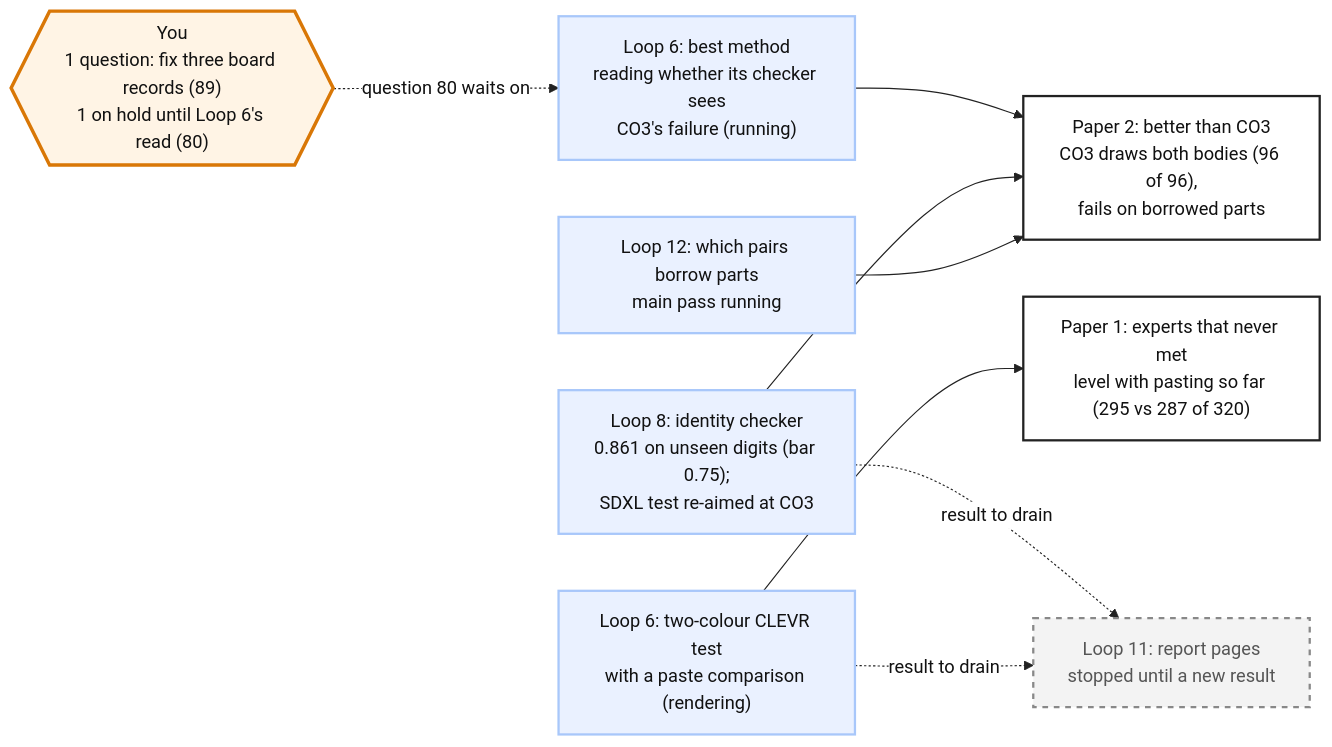
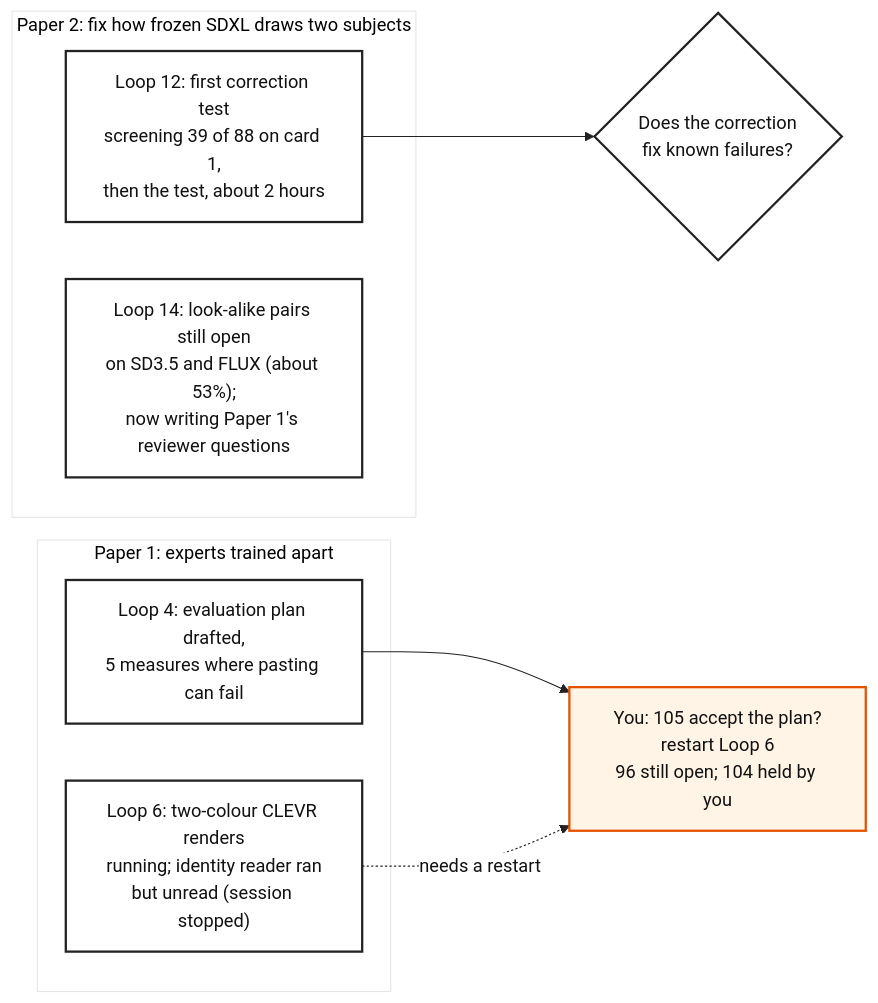
Before and after one commit to mo-rsa24/concept-composition: the diagram in artifacts/notes/progress/manager/briefing/where-we-are.mmd, drawn with Mermaid. The commit also changed 2 other files, not shown here.

```diff
--- a/artifacts/notes/progress/manager/briefing/where-we-are.mmd
+++ b/artifacts/notes/progress/manager/briefing/where-we-are.mmd
@@ -1,21 +1,16 @@
 %%{init: {'theme': 'base', 'themeVariables': {'fontFamily': 'monospace', 'primaryColor': '#ffffff', 'primaryBorderColor': '#222222', 'primaryTextColor': '#111111', 'lineColor': '#222222'}}}%%
 flowchart LR
-  classDef plain fill:#ffffff,stroke:#222222,stroke-width:2px,color:#111111
-  classDef you fill:#fff4e5,stroke:#d97706,stroke-width:3px,color:#111111
-  classDef run fill:#eaf1ff,stroke:#a8c7fa,stroke-width:2px,color:#111111
-  classDef stopped fill:#f3f3f3,stroke:#888888,stroke-width:2px,color:#555555,stroke-dasharray: 5 5
-  YOU{{"You<br/>1 question: fix three board records (89)<br/>1 on hold until Loop 6's read (80)"}}:::you
-  P1["Paper 1: experts that never met<br/>level with pasting so far (295 vs 287 of 320)"]:::plain
-  P2["Paper 2: better than CO3<br/>CO3 draws both bodies (96 of 96),<br/>fails on borrowed parts"]:::plain
-  L6["Loop 6: best method<br/>reading whether its checker sees<br/>CO3's failure (running)"]:::run
-  L6b["Loop 6: two-colour CLEVR test<br/>with a paste comparison (rendering)"]:::run
-  L8["Loop 8: identity checker<br/>0.861 on unseen digits (bar 0.75);<br/>SDXL test re-aimed at CO3"]:::run
-  L12["Loop 12: which pairs borrow parts<br/>main pass running"]:::run
-  L11["Loop 11: report pages<br/>stopped until a new result"]:::stopped
-  L6 --> P2
-  L8 --> P2
-  L12 --> P2
-  L6b --> P1
-  YOU -. "question 80 waits on" .-> L6
-  L8 -. "result to drain" .-> L11
-  L6b -. "result to drain" .-> L11
+classDef plain fill:#ffffff,stroke:#222222,stroke-width:2px,color:#111111
+classDef you fill:#fff4e5,stroke:#e65100,stroke-width:2px,color:#111111
+subgraph P2["Paper 2: fix how frozen SDXL draws two subjects"]
+  L12["Loop 12: first correction test<br/>screening 39 of 88 on card 1,<br/>then the test, about 2 hours"]:::plain
+  L14["Loop 14: look-alike pairs still open<br/>on SD3.5 and FLUX (about 53%);<br/>now writing Paper 1's reviewer questions"]:::plain
+end
+subgraph P1["Paper 1: experts trained apart"]
+  L6["Loop 6: two-colour CLEVR renders<br/>running; identity reader ran<br/>but unread (session stopped)"]:::plain
+  L4["Loop 4: evaluation plan drafted,<br/>5 measures where pasting can fail"]:::plain
+end
+Y["You: 105 accept the plan?<br/>restart Loop 6<br/>96 still open; 104 held by you"]:::you
+L4 --> Y
+L6 -.->|"needs a restart"| Y
+L12 --> R{"Does the correction<br/>fix known failures?"}:::plain
```
